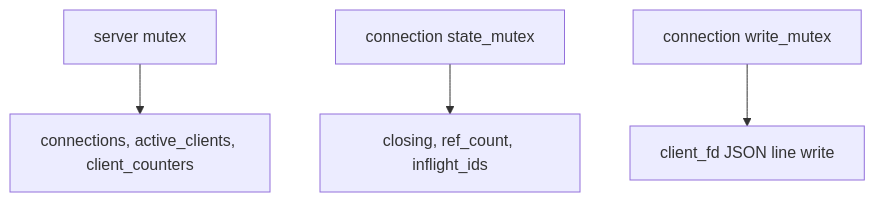
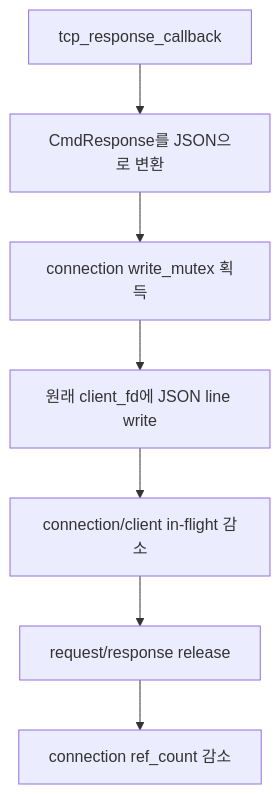
The fifth of 5 diagrams in docs/sijun-yang/004_tcp_cmd_processor_architecture_flow.md (Wish-Upon-A-Star/SQL-B-Tree), drawn with Mermaid before and after one commit. The commit also changed other lines of this file, not shown here.

Commit message:
docs: clarify TCP command processor flow

````diff
--- a/docs/sijun-yang/004_tcp_cmd_processor_architecture_flow.md
+++ b/docs/sijun-yang/004_tcp_cmd_processor_architecture_flow.md
@@ -187,10 +270,12 @@
 ```mermaid
 flowchart TD
-    ServerMutex[server mutex]
-    StateMutex[connection state_mutex]
-    WriteMutex[connection write_mutex]
+    Callback[tcp_response_callback]
+    Build[CmdResponse를 JSON으로 변환]
+    Lock[connection write_mutex 획득]
+    Write[원래 client_fd에 JSON line write]
+    Remove[connection/client in-flight 감소]
+    Release[request/response release]
+    Ref[connection ref_count 감소]
 
-    ServerMutex --> ServerState[connections, active_clients, client_counters]
-    StateMutex --> ConnState[closing, ref_count, inflight_ids]
-    WriteMutex --> SocketWrite[client_fd JSON line write]
+    Callback --> Build --> Lock --> Write --> Remove --> Release --> Ref
 ```
````
